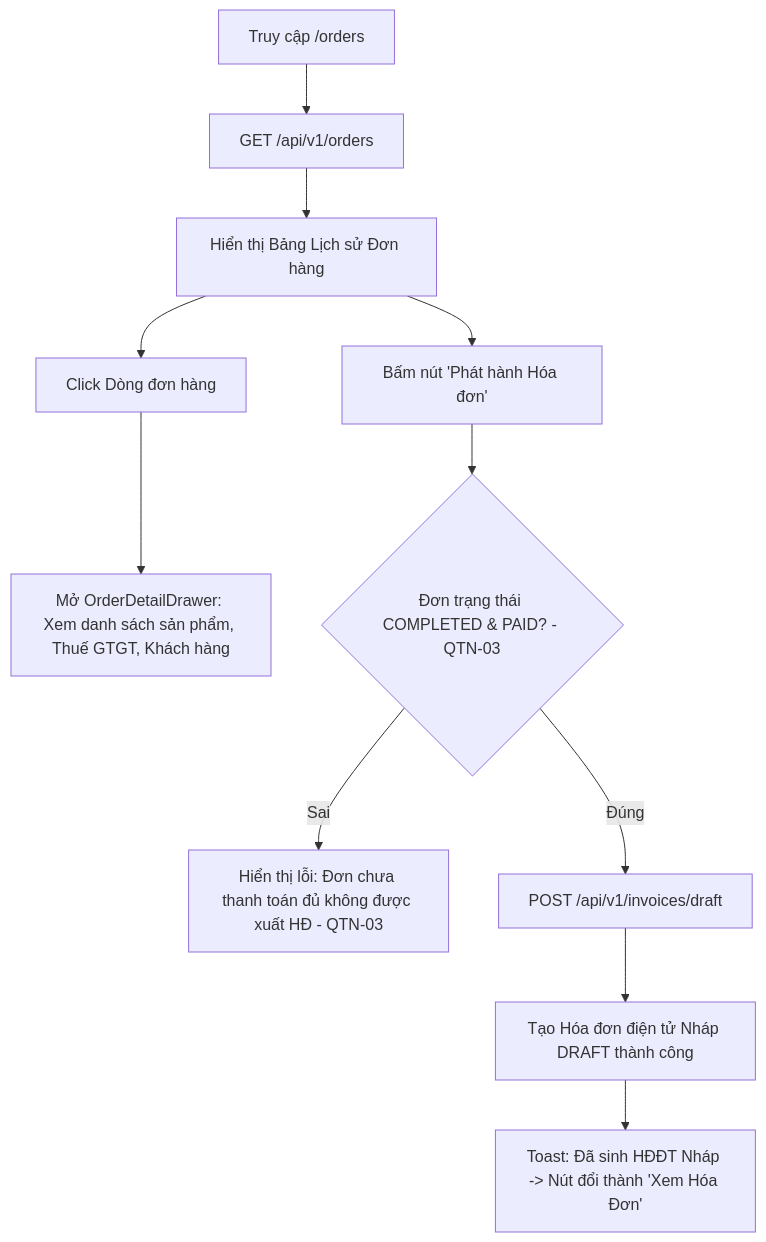
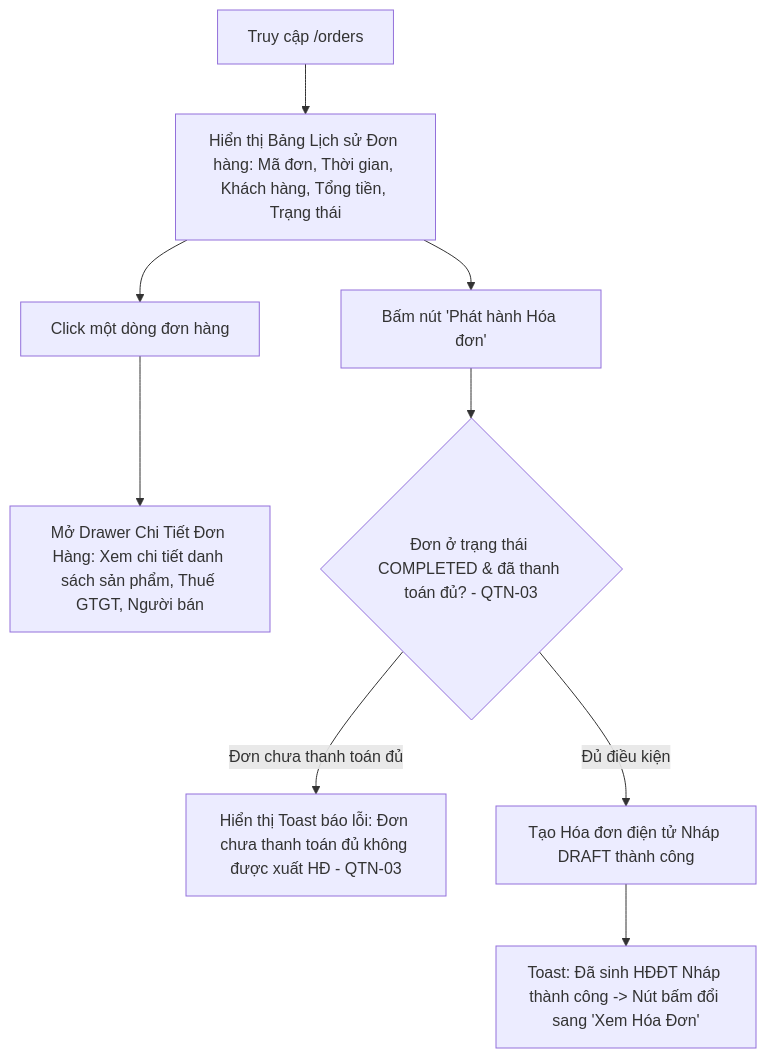
One commit to lean1835/BanHangViet changed diagram 13 of 34 in architecture/full_screen_activity_flows.md. Above: the diagram before and after it, drawn with Mermaid. The commit also changed other lines of this file, not shown here.

Commit message:
refactor(docs): update full_screen_activity_flows to pure UI/UX screen activity flows

````diff
--- a/architecture/full_screen_activity_flows.md
+++ b/architecture/full_screen_activity_flows.md
@@ -387,15 +363,13 @@
 ```mermaid
 flowchart TD
-    Start[Truy cập /orders] --> FetchOrders[GET /api/v1/orders]
-    FetchOrders --> RenderTable[Hiển thị Bảng Lịch sử Đơn hàng]
+    Start[Truy cập /orders] --> RenderTable[Hiển thị Bảng Lịch sử Đơn hàng: Mã đơn, Thời gian, Khách hàng, Tổng tiền, Trạng thái]
     
-    RenderTable --> ViewDetail[Click Dòng đơn hàng]
-    ViewDetail --> OpenDrawer[Mở OrderDetailDrawer: Xem danh sách sản phẩm, Thuế GTGT, Khách hàng]
+    RenderTable --> ViewDetail[Click một dòng đơn hàng]
+    ViewDetail --> OpenDrawer[Mở Drawer Chi Tiết Đơn Hàng: Xem chi tiết danh sách sản phẩm, Thuế GTGT, Người bán]
     
     RenderTable --> ClickIssue[Bấm nút 'Phát hành Hóa đơn']
-    ClickIssue --> CheckStatus{Đơn trạng thái COMPLETED & PAID? - QTN-03}
-    CheckStatus -- Sai --> BlockIssue[Hiển thị lỗi: Đơn chưa thanh toán đủ không được xuất HĐ - QTN-03]
-    CheckStatus -- Đúng --> CallIssueAPI[POST /api/v1/invoices/draft]
-    CallIssueAPI --> CreatedDraft[Tạo Hóa đơn điện tử Nháp DRAFT thành công]
-    CreatedDraft --> ToastIssued[Toast: Đã sinh HĐĐT Nháp -> Nút đổi thành 'Xem Hóa Đơn']
+    ClickIssue --> CheckStatus{Đơn ở trạng thái COMPLETED & đã thanh toán đủ? - QTN-03}
+    CheckStatus -- Đơn chưa thanh toán đủ --> BlockIssue[Hiển thị Toast báo lỗi: Đơn chưa thanh toán đủ không được xuất HĐ - QTN-03]
+    CheckStatus -- Đủ điều kiện --> CreateDraft[Tạo Hóa đơn điện tử Nháp DRAFT thành công]
+    CreateDraft --> ToastIssued[Toast: Đã sinh HĐĐT Nháp thành công -> Nút bấm đổi sang 'Xem Hóa Đơn']
 ```
````
